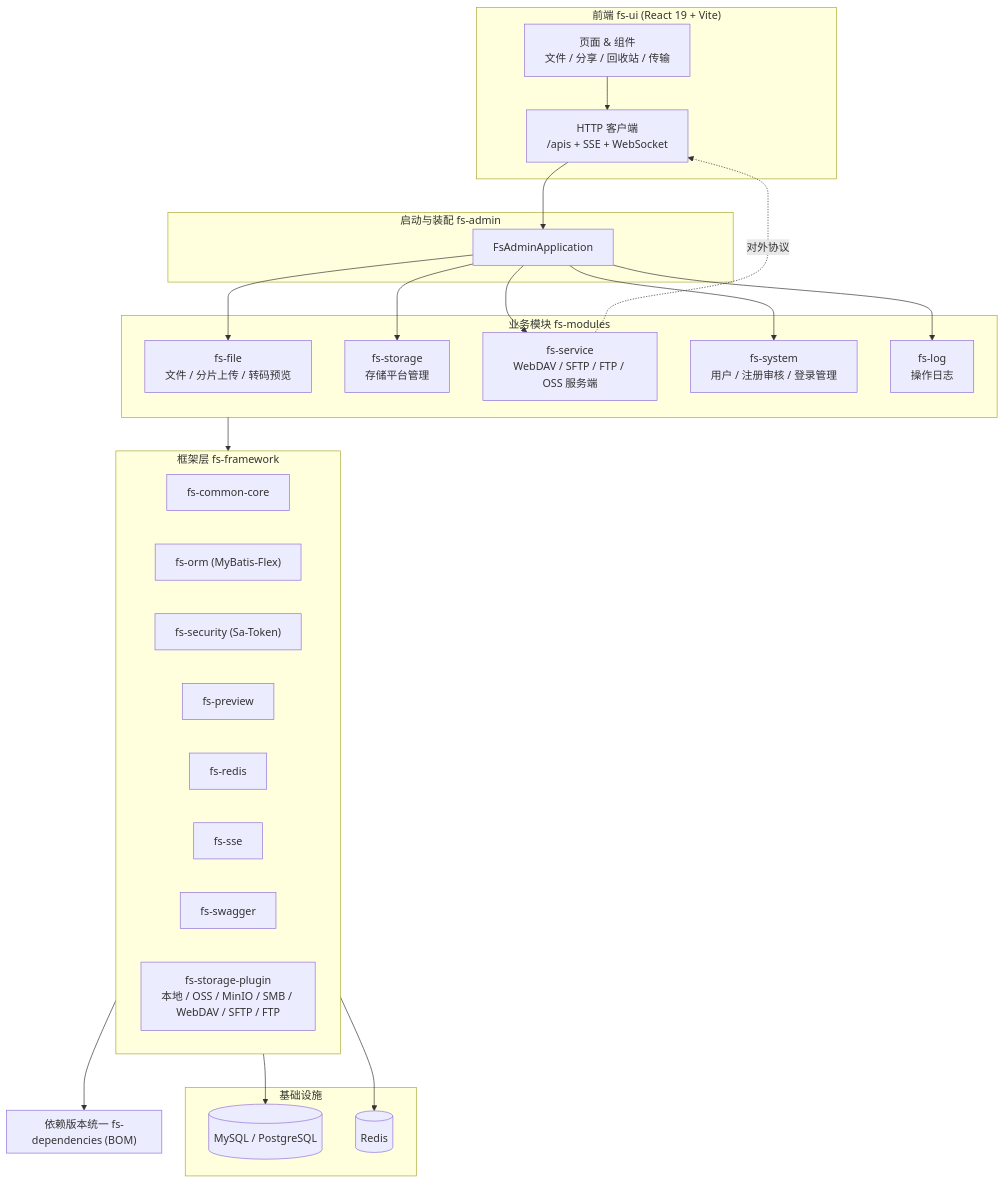
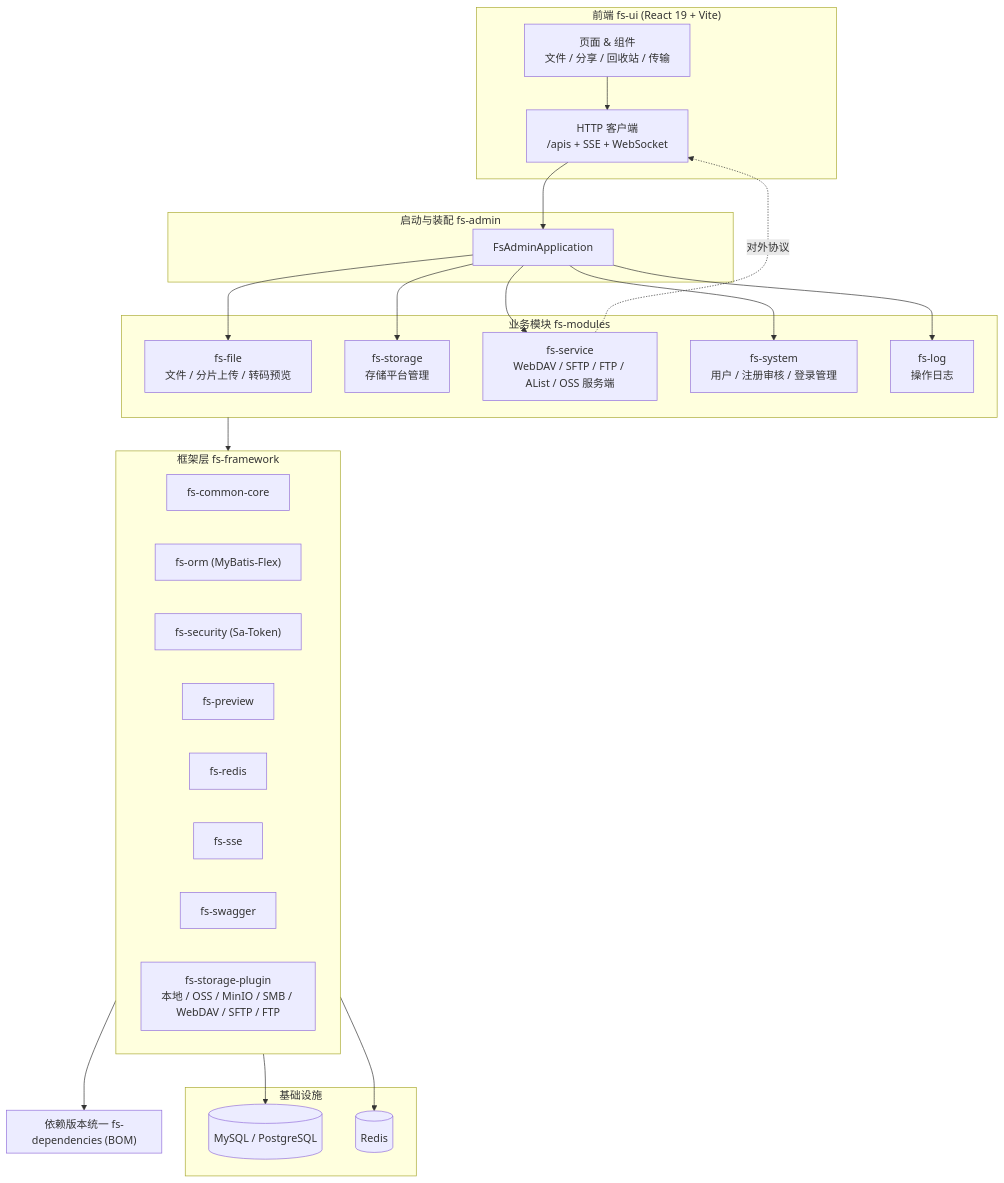
Before and after one commit to guangheUlti/gfs: the diagram in README.md, drawn with Mermaid. The commit also changed other lines of this file and 1 other file, not shown here.

````diff
--- a/README.md
+++ b/README.md
@@ -225,46 +229,46 @@
 ```mermaid
 flowchart TB
     subgraph UI["前端 fs-ui (React 19 + Vite)"]
         UI_PAGES["页面 & 组件<br/>文件 / 分享 / 回收站 / 传输"]
         UI_HTTP["HTTP 客户端<br/>/apis + SSE + WebSocket"]
     end
 
     subgraph ADMIN["启动与装配 fs-admin"]
         ADMIN_APP["FsAdminApplication"]
     end
 
     subgraph MODULES["业务模块 fs-modules"]
         FILE["fs-file<br/>文件 / 分片上传 / 转码预览"]
         STORAGE["fs-storage<br/>存储平台管理"]
-        SERVICE["fs-service<br/>WebDAV / SFTP / FTP / OSS 服务端"]
+        SERVICE["fs-service<br/>WebDAV / SFTP / FTP / AList / OSS 服务端"]
         SYSTEM["fs-system<br/>用户 / 注册审核 / 登录管理"]
         LOG["fs-log<br/>操作日志"]
     end
 
     subgraph FRAMEWORK["框架层 fs-framework"]
         CORE["fs-common-core"]
         ORM["fs-orm (MyBatis-Flex)"]
         SECURITY["fs-security (Sa-Token)"]
         PREVIEW["fs-preview"]
         REDIS["fs-redis"]
         SSE["fs-sse"]
         SWAGGER["fs-swagger"]
         SPLUGIN["fs-storage-plugin<br/>本地 / OSS / MinIO / SMB / WebDAV / SFTP / FTP"]
     end
 
     subgraph INFRA["基础设施"]
         MYSQL[("MySQL / PostgreSQL")]
         REDIS_DB[("Redis")]
     end
 
     subgraph BOM["依赖版本统一 fs-dependencies (BOM)"]
     end
 
     UI_HTTP --> ADMIN_APP
     UI_PAGES --> UI_HTTP
 
     ADMIN_APP --> FILE & STORAGE & SERVICE & SYSTEM & LOG
     MODULES --> FRAMEWORK
     FRAMEWORK --> BOM & REDIS_DB & MYSQL
     SERVICE -. "对外协议" .-> UI_HTTP
 ```
````
